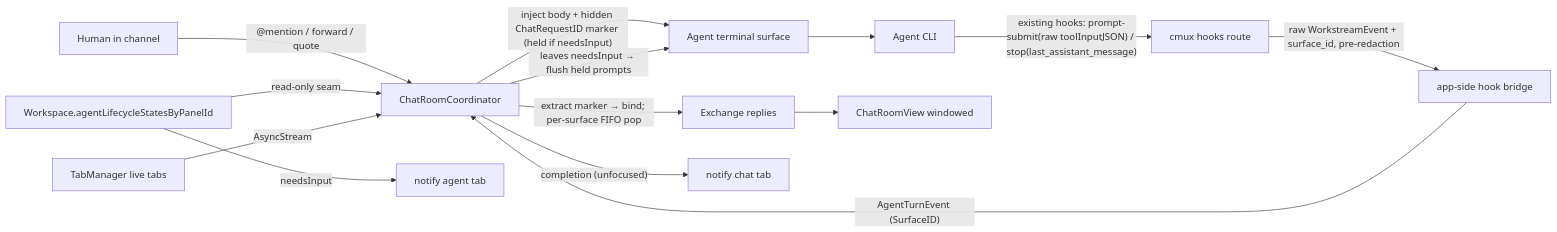
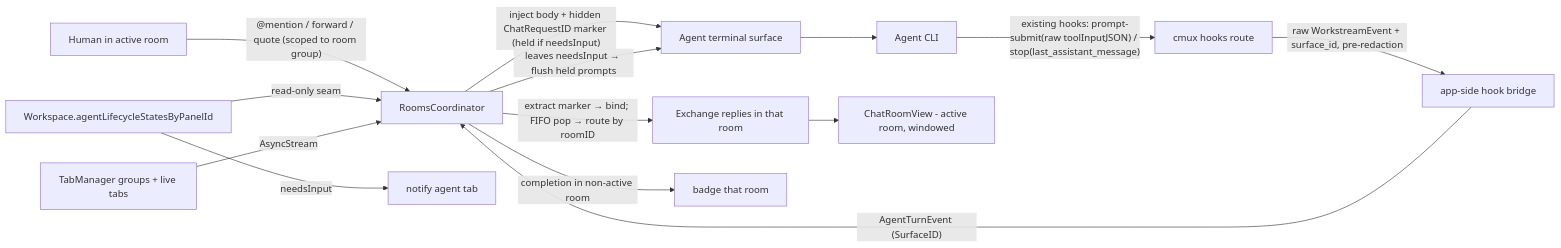
Before and after one commit to dylanliu8949/cmux_chat_room: the diagram in docs/superpowers/specs/2026-06-06-cmux-ai-chat-room-design.md, drawn with Mermaid. The commit also changed other lines of this file and 1 other file, not shown here.

First line of the commit message:
Spec rev 5: multiple chat rooms (two-section sidebar)

````diff
--- a/docs/superpowers/specs/2026-06-06-cmux-ai-chat-room-design.md
+++ b/docs/superpowers/specs/2026-06-06-cmux-ai-chat-room-design.md
@@ -364,16 +406,16 @@
 ```mermaid
 flowchart LR
-  U[Human in channel] -- "@mention / forward / quote" --> CO[ChatRoomCoordinator]
+  U[Human in active room] -- "@mention / forward / quote (scoped to room group)" --> CO[RoomsCoordinator]
   CO -- "inject body + hidden ChatRequestID marker (held if needsInput)" --> SURF[Agent terminal surface]
   SURF --> AG[Agent CLI]
   AG -- "existing hooks: prompt-submit(raw toolInputJSON) / stop(last_assistant_message)" --> HK[cmux hooks route]
   HK -- "raw WorkstreamEvent + surface_id, pre-redaction" --> APP[app-side hook bridge]
   APP -- "AgentTurnEvent (SurfaceID)" --> CO
-  CO -- "extract marker → bind; per-surface FIFO pop" --> EX[Exchange replies]
-  EX --> UI[ChatRoomView windowed]
+  CO -- "extract marker → bind; FIFO pop → route by roomID" --> EX[Exchange replies in that room]
+  EX --> UI[ChatRoomView - active room, windowed]
   LC[Workspace.agentLifecycleStatesByPanelId] -- read-only seam --> CO
   CO -- "leaves needsInput → flush held prompts" --> SURF
-  TM[TabManager live tabs] -- AsyncStream --> CO
-  CO -- completion (unfocused) --> NCH[notify chat tab]
+  TM[TabManager groups + live tabs] -- AsyncStream --> CO
+  CO -- "completion in non-active room" --> NCH[badge that room]
   LC -- needsInput --> NAG[notify agent tab]
 ```
````
